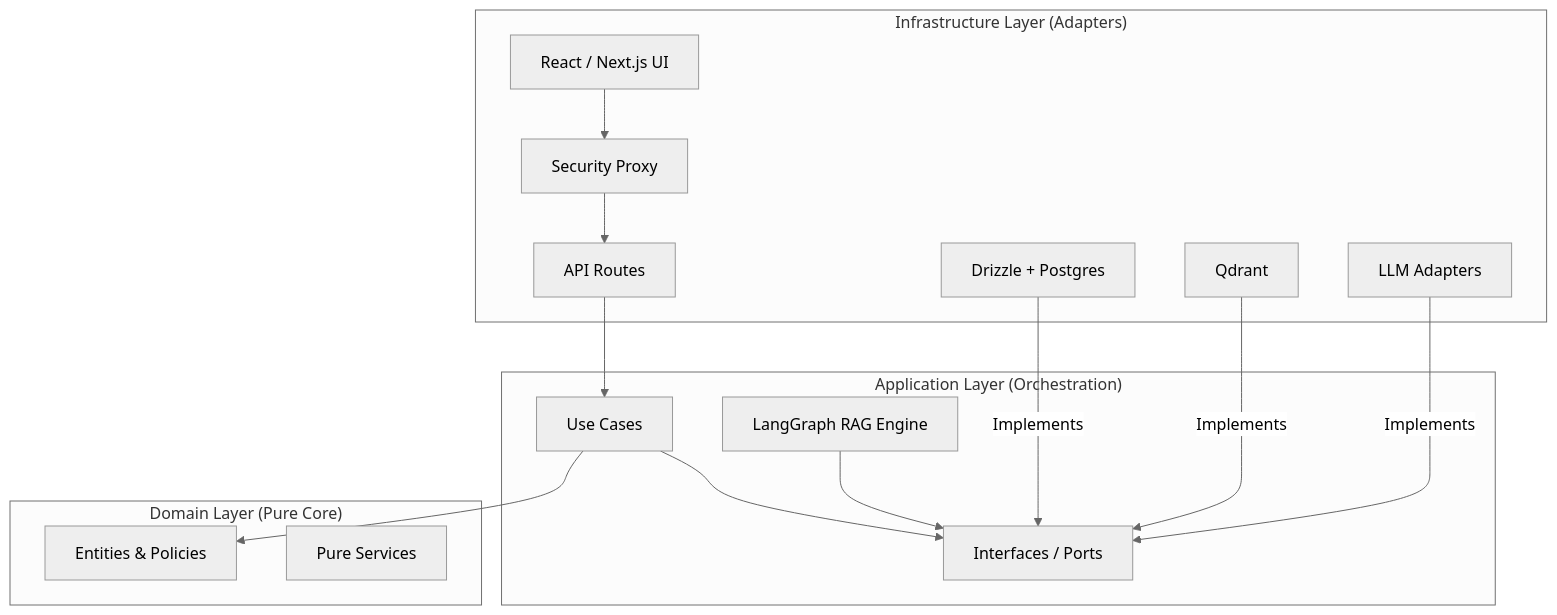
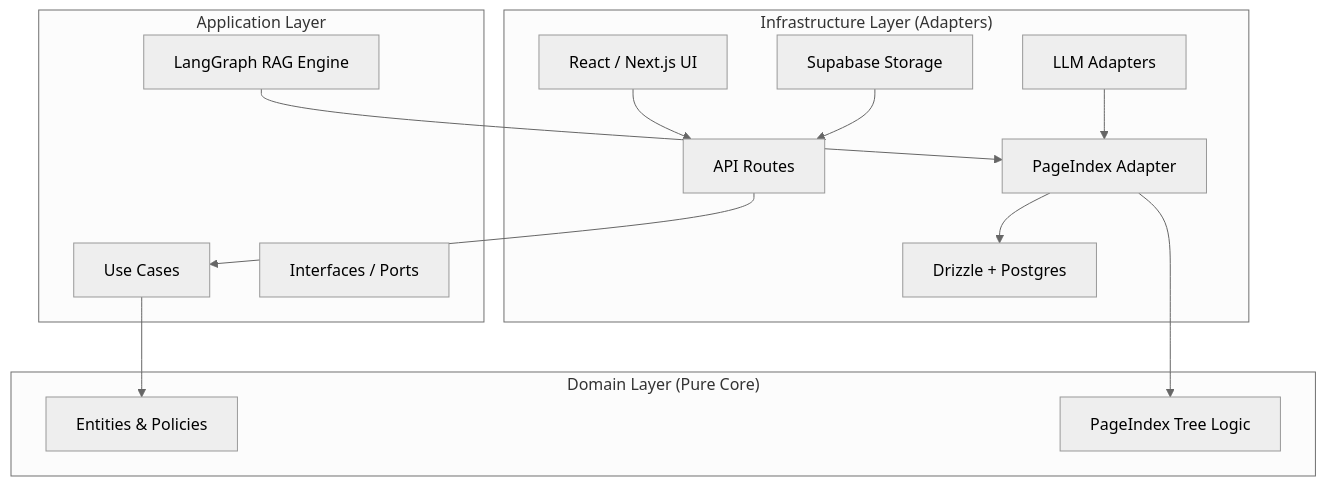
Before and after one commit to DragonL57/vmg_chatbot: the diagram in docs/arc42/05_building_block_view.md, drawn with Mermaid (neutral theme). The commit also changed other lines of this file and 113 other files, not shown here.

First line of the commit message:
refactor: PageIndex vectorless RAG — full migration

````diff
--- a/docs/arc42/05_building_block_view.md
+++ b/docs/arc42/05_building_block_view.md
@@ -9,32 +5,31 @@
 ```mermaid
 graph TD
     subgraph "Infrastructure Layer (Adapters)"
         UI[React / Next.js UI]
         API[API Routes]
-        Proxy[Security Proxy]
         DB[Drizzle + Postgres]
-        Vector[Qdrant]
+        Storage[Supabase Storage]
         LLM[LLM Adapters]
+        PageIndex[PageIndex Adapter]
     end
 
-    subgraph "Application Layer (Orchestration)"
+    subgraph "Application Layer"
         UC[Use Cases]
         Graph[LangGraph RAG Engine]
         Ports[Interfaces / Ports]
     end
 
     subgraph "Domain Layer (Pure Core)"
         Entities[Entities & Policies]
-        Services[Pure Services]
+        Tree[PageIndex Tree Logic]
     end
 
-    UI --> Proxy
-    Proxy --> API
+    UI --> API
     API --> UC
     UC --> Entities
-    UC --> Ports
-    Graph --> Ports
-    DB -- Implements --> Ports
-    Vector -- Implements --> Ports
-    LLM -- Implements --> Ports
+    Graph --> PageIndex
+    PageIndex --> Tree
+    PageIndex --> DB
+    LLM --> PageIndex
+    Storage --> API
 ```
````
